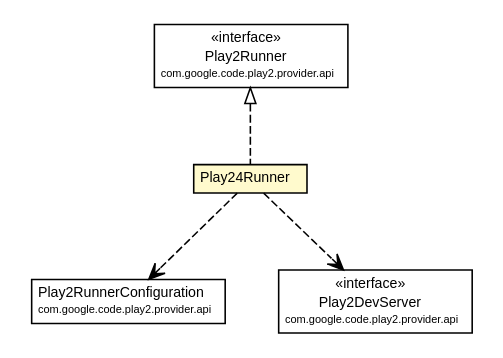
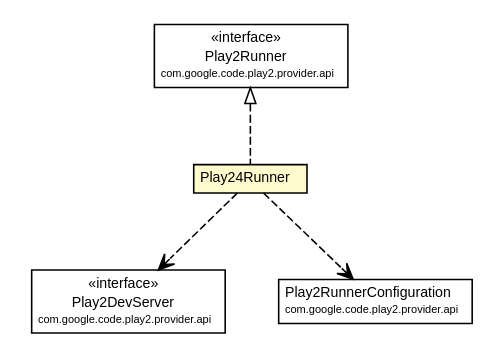
Before and after one commit to play2-maven-plugin/play2-maven-plugin.github.io: the diagram in play2-maven-plugin/1.0.0-beta6-SNAPSHOT/play2-providers/play2-provider-play24/apidocs/com/google/code/play2/provider/play24/Play24Runner.dot, drawn with Graphviz. The commit also changed 1097 other files, not shown here.

```diff
--- a/play2-maven-plugin/1.0.0-beta6-SNAPSHOT/play2-providers/play2-provider-play24/apidocs/com/google/code/play2/provider/play24/Play24Runner.dot
+++ b/play2-maven-plugin/1.0.0-beta6-SNAPSHOT/play2-providers/play2-provider-play24/apidocs/com/google/code/play2/provider/play24/Play24Runner.dot
@@ -1,47 +1,47 @@
 #!/usr/local/bin/dot
 #
 # Class diagram 
 # Generated by UMLGraph version R5_6-24-gf6e263 (http://www.umlgraph.org/)
 #
 
 digraph G {
 	edge [fontname="arial",fontsize=10,labelfontname="arial",labelfontsize=10];
 	node [fontname="arial",fontsize=10,shape=plaintext];
 	nodesep=0.25;
 	ranksep=0.5;
 	// com.google.code.play2.provider.play24.Play24Runner
-	c434 [label=<<table title="com.google.code.play2.provider.play24.Play24Runner" border="0" cellborder="1" cellspacing="0" cellpadding="2" port="p" bgcolor="lemonChiffon" href="./Play24Runner.html">
+	c432 [label=<<table title="com.google.code.play2.provider.play24.Play24Runner" border="0" cellborder="1" cellspacing="0" cellpadding="2" port="p" bgcolor="lemonChiffon" href="./Play24Runner.html">
 		<tr><td><table border="0" cellspacing="0" cellpadding="1">
 <tr><td align="center" balign="center"> Play24Runner </td></tr>
 		</table></td></tr>
 		</table>>, URL="./Play24Runner.html", fontname="arial", fontcolor="black", fontsize=9.0];
 	//com.google.code.play2.provider.play24.Play24Runner implements com.google.code.play2.provider.api.Play2Runner
-	c453:p -> c434:p [dir=back,arrowtail=empty,style=dashed];
+	c451:p -> c432:p [dir=back,arrowtail=empty,style=dashed];
+	// com.google.code.play2.provider.play24.Play24Runner DEPEND com.google.code.play2.provider.api.Play2DevServer
+	c432:p -> c453:p [taillabel="", label="", headlabel="", fontname="arial", fontcolor="black", fontsize=10.0, color="black", arrowhead=open, style=dashed];
 	// com.google.code.play2.provider.play24.Play24Runner DEPEND com.google.code.play2.provider.api.Play2RunnerConfiguration
-	c434:p -> c454:p [taillabel="", label="", headlabel="", fontname="arial", fontcolor="black", fontsize=10.0, color="black", arrowhead=open, style=dashed];
-	// com.google.code.play2.provider.play24.Play24Runner DEPEND com.google.code.play2.provider.api.Play2DevServer
-	c434:p -> c456:p [taillabel="", label="", headlabel="", fontname="arial", fontcolor="black", fontsize=10.0, color="black", arrowhead=open, style=dashed];
+	c432:p -> c454:p [taillabel="", label="", headlabel="", fontname="arial", fontcolor="black", fontsize=10.0, color="black", arrowhead=open, style=dashed];
 	// com.google.code.play2.provider.api.Play2RunnerConfiguration
 	c454 [label=<<table title="com.google.code.play2.provider.api.Play2RunnerConfiguration" border="0" cellborder="1" cellspacing="0" cellpadding="2" port="p">
 		<tr><td><table border="0" cellspacing="0" cellpadding="1">
 <tr><td align="center" balign="center"> Play2RunnerConfiguration </td></tr>
 <tr><td align="center" balign="center"><font point-size="7.0"> com.google.code.play2.provider.api </font></td></tr>
 		</table></td></tr>
 		</table>>, URL="null", fontname="arial", fontcolor="black", fontsize=9.0];
 	// com.google.code.play2.provider.api.Play2DevServer
-	c456 [label=<<table title="com.google.code.play2.provider.api.Play2DevServer" border="0" cellborder="1" cellspacing="0" cellpadding="2" port="p">
+	c453 [label=<<table title="com.google.code.play2.provider.api.Play2DevServer" border="0" cellborder="1" cellspacing="0" cellpadding="2" port="p">
 		<tr><td><table border="0" cellspacing="0" cellpadding="1">
 <tr><td align="center" balign="center"> &#171;interface&#187; </td></tr>
 <tr><td align="center" balign="center"> Play2DevServer </td></tr>
 <tr><td align="center" balign="center"><font point-size="7.0"> com.google.code.play2.provider.api </font></td></tr>
 		</table></td></tr>
 		</table>>, URL="null", fontname="arial", fontcolor="black", fontsize=9.0];
 	// com.google.code.play2.provider.api.Play2Runner
-	c453 [label=<<table title="com.google.code.play2.provider.api.Play2Runner" border="0" cellborder="1" cellspacing="0" cellpadding="2" port="p">
+	c451 [label=<<table title="com.google.code.play2.provider.api.Play2Runner" border="0" cellborder="1" cellspacing="0" cellpadding="2" port="p">
 		<tr><td><table border="0" cellspacing="0" cellpadding="1">
 <tr><td align="center" balign="center"> &#171;interface&#187; </td></tr>
 <tr><td align="center" balign="center"> Play2Runner </td></tr>
 <tr><td align="center" balign="center"><font point-size="7.0"> com.google.code.play2.provider.api </font></td></tr>
 		</table></td></tr>
 		</table>>, URL="null", fontname="arial", fontcolor="black", fontsize=9.0];
 }
```
